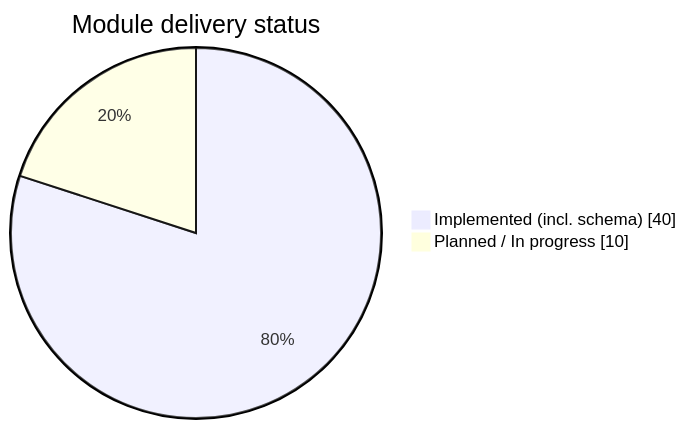
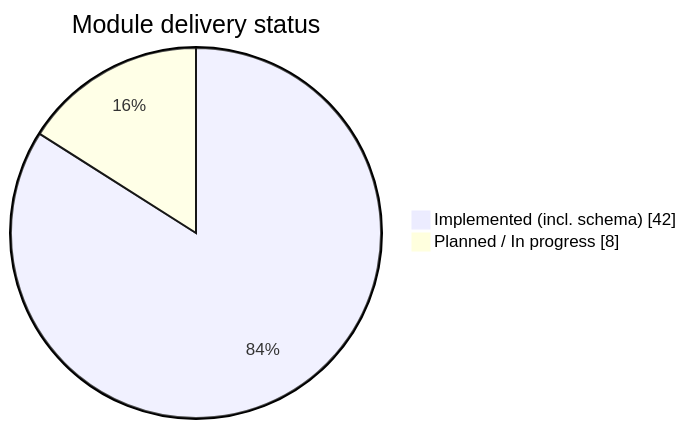
One commit to RITH-1437/educore changed the first of 2 diagrams in docs/6_Module-Status-and-Roadmap.md. Above: the diagram before and after it, drawn with Mermaid. The commit also changed other lines of this file and 35 other files, not shown here.

````diff
--- a/docs/6_Module-Status-and-Roadmap.md
+++ b/docs/6_Module-Status-and-Roadmap.md
@@ -47,6 +47,6 @@
 ```mermaid
 pie showData
   title Module delivery status
-  "Implemented (incl. schema)" : 40
-  "Planned / In progress" : 10
+  "Implemented (incl. schema)" : 42
+  "Planned / In progress" : 8
 ```
````
